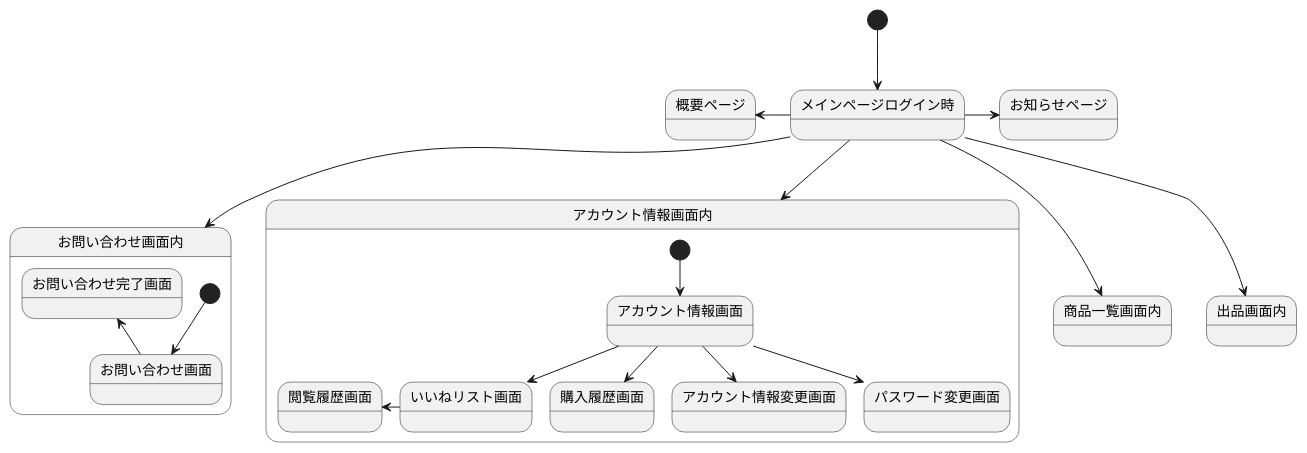
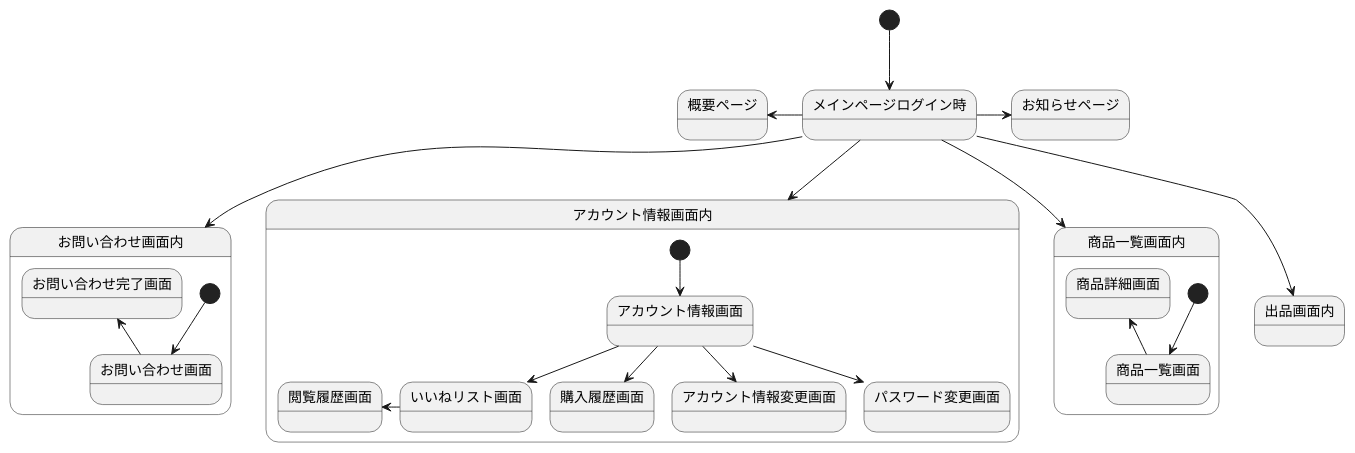
The diagram in 画面遷移図ログイン.md (Aso2001147/2021SystemDesign), drawn with PlantUML before and after one commit.

````diff
--- a/画面遷移図ログイン.md
+++ b/画面遷移図ログイン.md
@@ -1,28 +1,31 @@
 ```uml
 @startuml
 [*] --> メインページログイン時
 メインページログイン時 -left-> 概要ページ
 メインページログイン時 -right-> お知らせページ
 メインページログイン時 --> お問い合わせ画面内
 メインページログイン時 --> アカウント情報画面内
 メインページログイン時 --> 商品一覧画面内
 メインページログイン時 --> 出品画面内
 
 state お問い合わせ画面内{
 [*] -down-> お問い合わせ画面
 お問い合わせ画面 -up-> お問い合わせ完了画面
 }
 
 state アカウント情報画面内{
 [*] --> アカウント情報画面
 アカウント情報画面 -down-> いいねリスト画面
 いいねリスト画面 -left-> 閲覧履歴画面
 アカウント情報画面 -down-> 購入履歴画面
 アカウント情報画面 -down-> アカウント情報変更画面
 アカウント情報画面 -down-> パスワード変更画面
 }
 
+state 商品一覧画面内{
+[*] -down-> 商品一覧画面
+商品一覧画面 -up-> 商品詳細画面
+}
 
 
-@enduml
 ```
````
